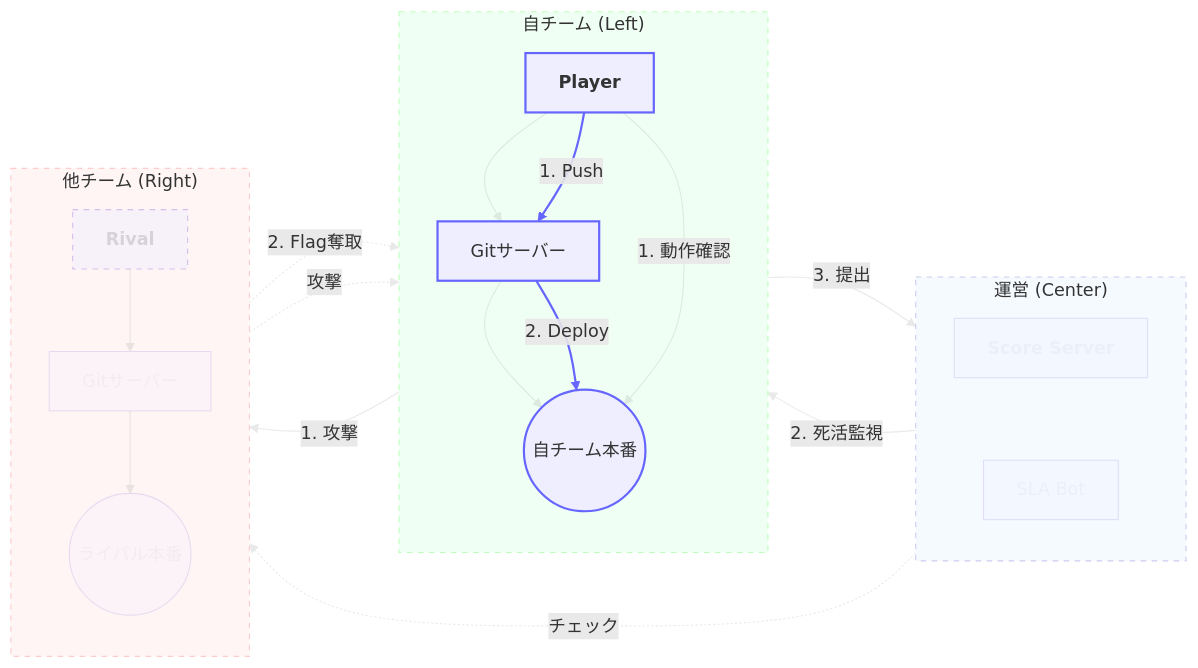
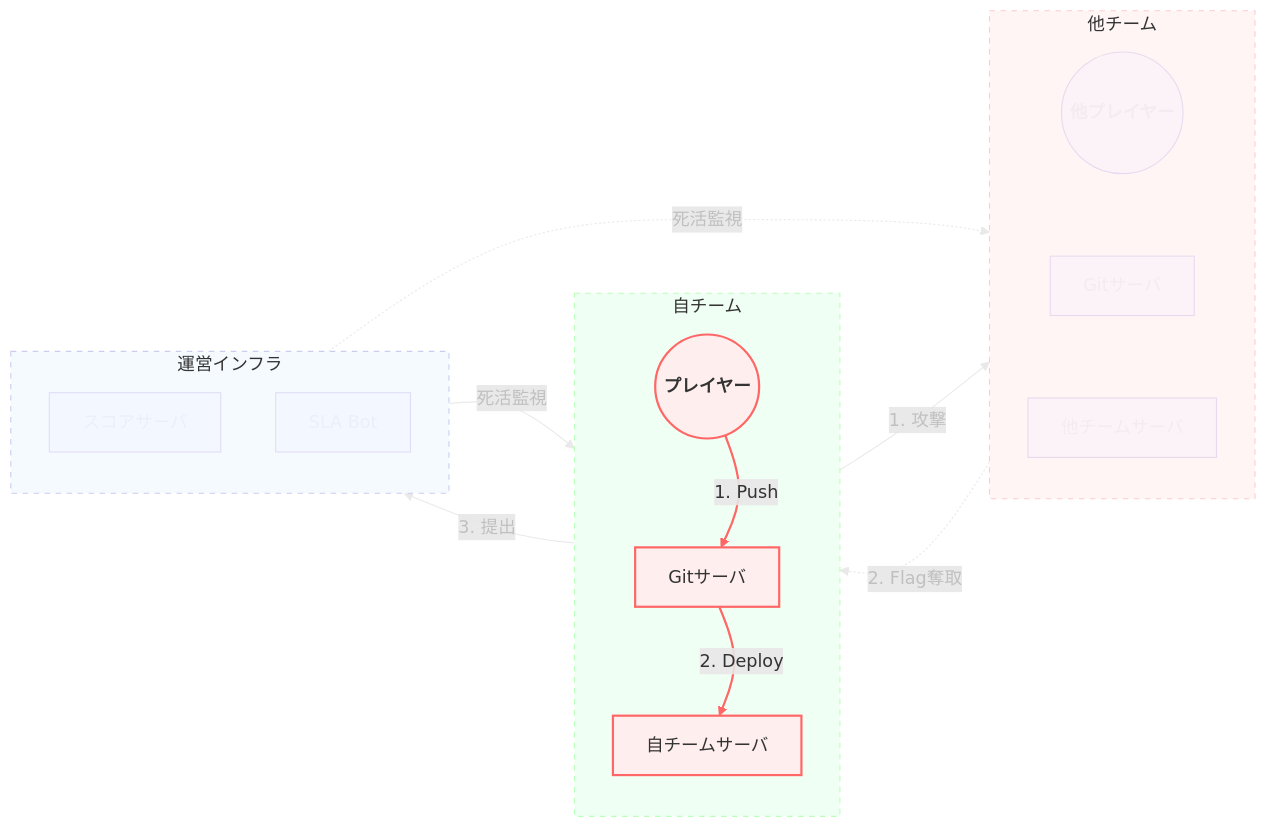
The third of 4 diagrams in slides.md (tyage/minicamp-osaka2026-ad), drawn with Mermaid before and after one commit. The commit also changed other lines of this file, not shown here.

````diff
--- a/slides.md
+++ b/slides.md
@@ -346,65 +357,59 @@
 ```mermaid
 graph LR
     %% Corrected Three Towers Layout
 
-    subgraph MyTeam ["自チーム (Left)"]
+    subgraph RivalTeam ["他チーム"]
         direction TB
-        Player[<b>Player</b>]
-        Git[Gitサーバー]
-        Prod((自チーム本番))
-        Player --> Git --> Prod
+        Rival((<b>他プレイヤー</b>))
+        RivalGit[Gitサーバ]
+        RivalServer[他チームサーバ]
+        Rival ~~~ RivalGit ~~~ RivalServer
     end
 
-    subgraph Ops ["運営 (Center)"]
+    subgraph MyTeam ["自チーム"]
         direction TB
-        Score[<b>Score Server</b>]
-        Bot[SLA Bot]
-        Score ~~~ Bot
+        Player((<b>プレイヤー</b>))
+        Git[Gitサーバ]
+        Server[自チームサーバ]
+        Player ~~~ Git ~~~ Server
     end
 
-    subgraph RivalTeam ["他チーム (Right)"]
+    subgraph Ops ["運営インフラ"]
         direction TB
-        Rival[<b>Rival</b>]
-        RivalGit[Gitサーバー]
-        RivalProd((ライバル本番))
-        Rival --> RivalGit --> RivalProd
+        Score[スコアサーバ]
+        Bot[SLA Bot]
     end
+
+    %% Attack Flows
+    Player -->|1. 攻撃| RivalServer
+    RivalServer -.->|2. Flag奪取| Player
+    Player -->|3. 提出| Score
+
+    %% Patch Flows
+    Player -->|1. Push| Git
+    Git -->|2. Deploy| Server
+
+    %% Verify Flows
+    Bot -->|死活監視| Server
+    Bot -.->|死活監視| RivalServer
 
     %% STRICT ALIGNMENT
     Player ~~~ Score ~~~ Rival
 
-    %% Attack Flows
-    Player -->|1. 攻撃| RivalProd
-    RivalProd -.->|2. Flag奪取| Player
-    Player -->|3. 提出| Score
-
-    %% Patch Flows
-    Player -->|1. Push| Git
-    Git -->|2. Deploy| Prod
-
-    %% Verify Flows
-    Player -->|1. 動作確認| Prod
-    Bot -->|2. 死活監視| Prod
-    Bot -.->|チェック| RivalProd
-
-    %% Context
-    Rival -.->|攻撃| Prod
-
-    classDef active fill:#eef,stroke:#66f,stroke-width:2px;
+    classDef active fill:#fee,stroke:#f66,stroke-width:2px;
     classDef inactive opacity:0.2;
     classDef context opacity:0.4,stroke-dasharray: 5 5;
     
-    class Player,Git,Prod active;
-    class Score,Bot,RivalProd,RivalGit inactive;
-    class Rival context;
-
+    class Player,Git,Server active;
+    class Bot,Score,RivalGit,RivalServer,Rival inactive;
+    
     style MyTeam fill:#f0fff4,stroke:#bfb,stroke-dasharray: 5 5
     style Ops fill:#f5faff,stroke:#cce,stroke-dasharray: 5 5
     style RivalTeam fill:#fff5f5,stroke:#fcc,stroke-dasharray: 5 5
-    
-    %% Active: Patch (10,11)
-    linkStyle 10,11 stroke:#66f,stroke-width:2px;
-    
+
+    %% Active: Patch
+    linkStyle 7,8 stroke:#f66,stroke-width:2px;
+
     %% Inactive: Others
-    linkStyle 0,1,2,3,4,5,6,7,8,9,12,13,14,15 opacity:0.1;
+    linkStyle 0,1,2,3,4,5,6,9,10 opacity:0.1,color:silver;
 ```
````
